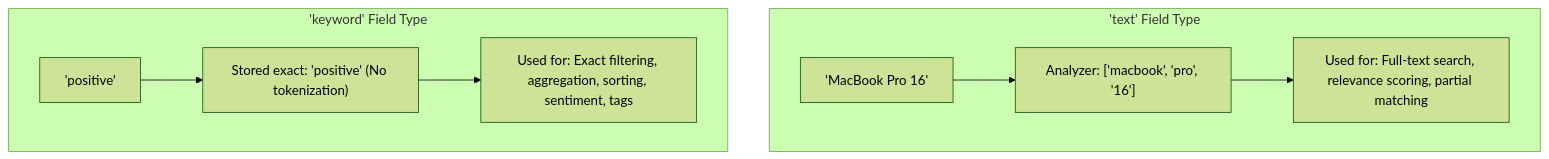
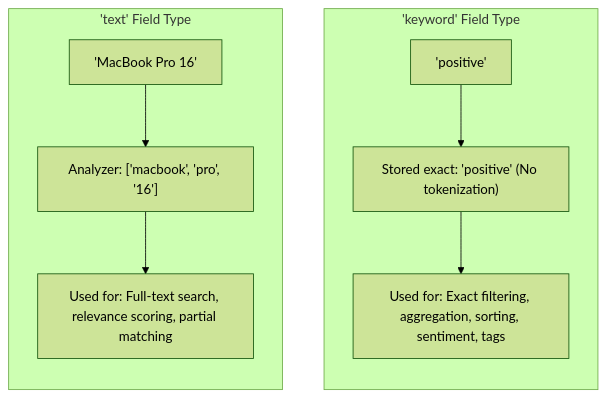
One commit to rohithgowda18/Notes changed the seventh of 10 diagrams in 07-Backend-Engineering/Elastic Search.md. Above: the diagram before and after it, drawn with Mermaid (forest theme). The commit also changed other lines of this file and 15 other files, not shown here.

Commit message:
docs: audit Mermaid diagrams, optimize side-by-side layouts, and deduplicate DBMS advanced notes

````diff
--- a/07-Backend-Engineering/Elastic Search.md
+++ b/07-Backend-Engineering/Elastic Search.md
@@ -314,11 +324,16 @@
 ```mermaid
-flowchart TD
+flowchart LR
     subgraph TextField ["'text' Field Type"]
+        direction TB
         T_Raw["'MacBook Pro 16'"] --> T_Analyzed["Analyzer: ['macbook', 'pro', '16']"]
         T_Analyzed --> T_Use["Used for: Full-text search, relevance scoring, partial matching"]
     end
+
+    TextField ~~~ KeywordField
+
     subgraph KeywordField ["'keyword' Field Type"]
+        direction TB
         K_Raw["'positive'"] --> K_Exact["Stored exact: 'positive' (No tokenization)"]
         K_Exact --> K_Use["Used for: Exact filtering, aggregation, sorting, sentiment, tags"]
     end
 ```
````
